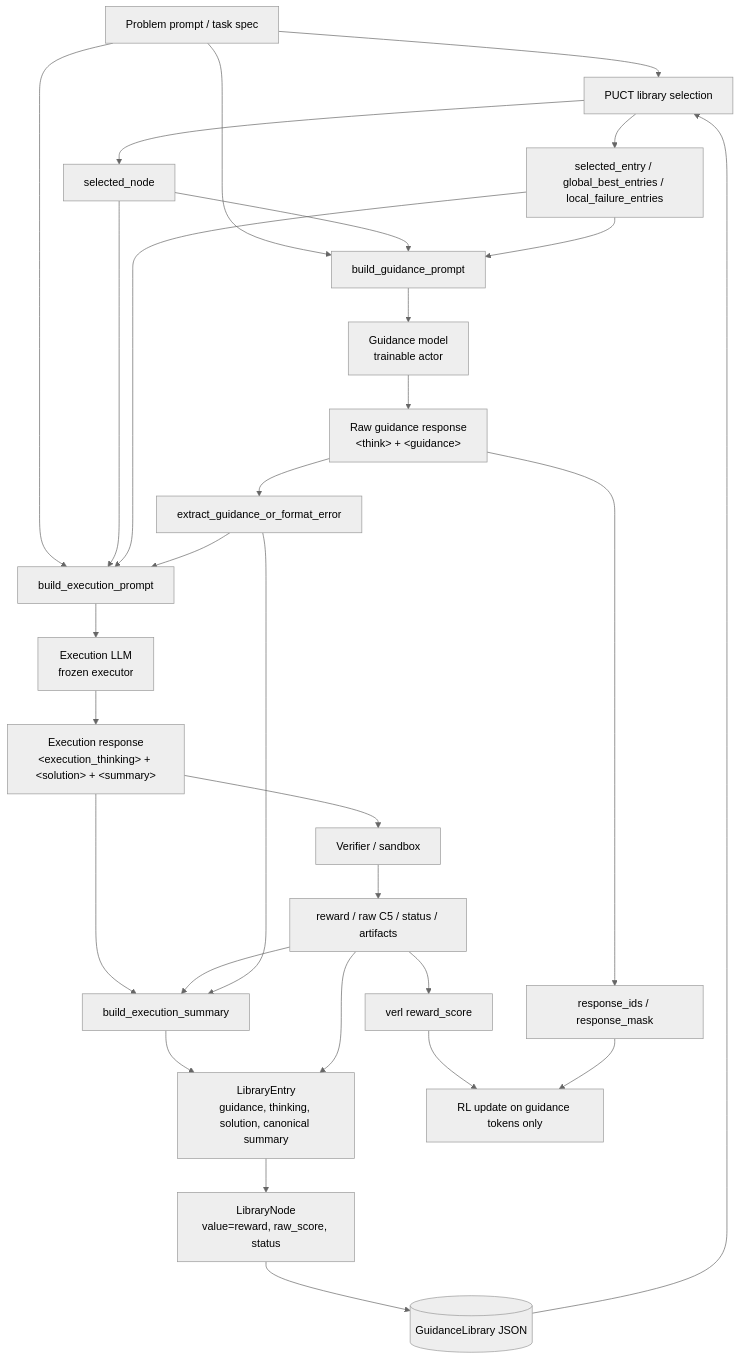
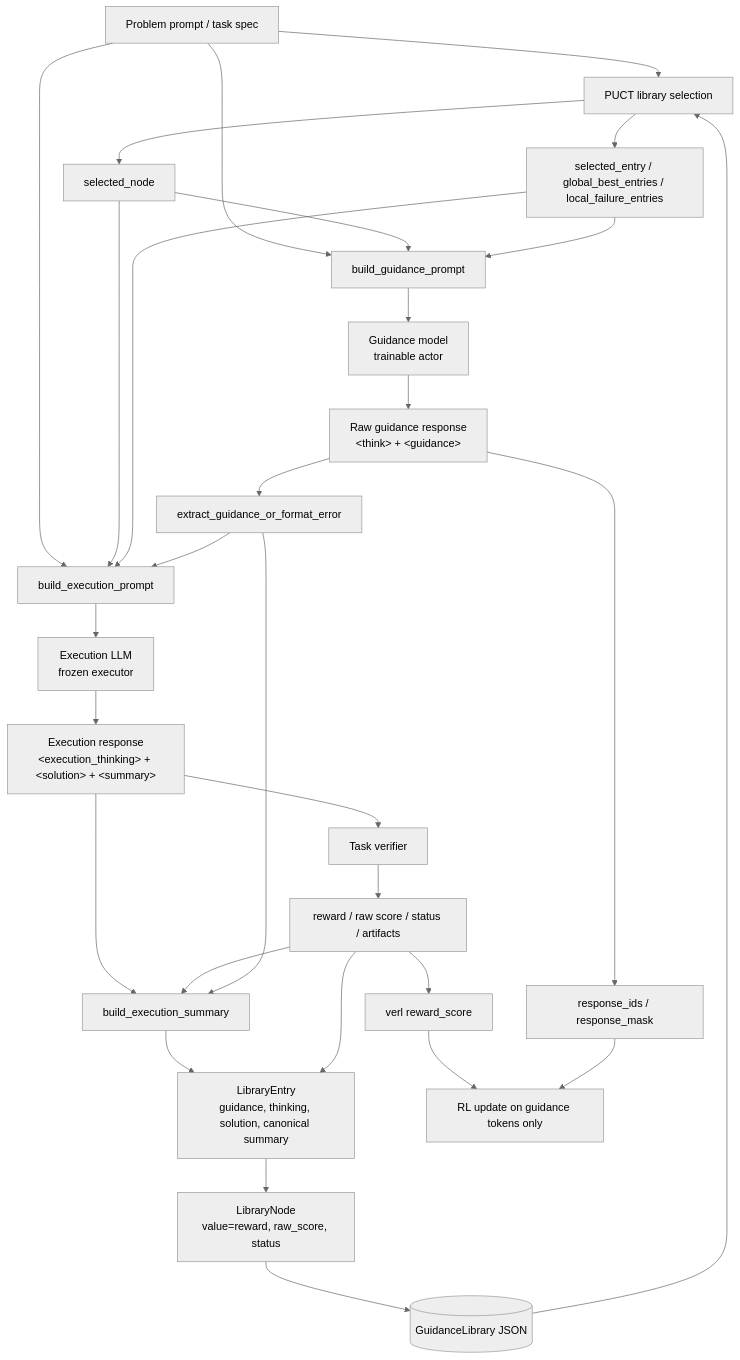
The diagram in docs/guidance_ttt_prompts.md (Chonghe-Jiang/open-ttt-verl), drawn with Mermaid (neutral theme) before and after one commit. The commit also changed other lines of this file and 18 other files, not shown here.

````diff
--- a/docs/guidance_ttt_prompts.md
+++ b/docs/guidance_ttt_prompts.md
@@ -16,38 +18,38 @@
 ```mermaid
 flowchart TD
     A[Problem prompt / task spec] --> C[PUCT library selection]
     B[(GuidanceLibrary JSON)] --> C
 
     C --> D[selected_node]
     C --> E[selected_entry / global_best_entries / local_failure_entries]
 
     A --> F[build_guidance_prompt]
     D --> F
     E --> F
     F --> G[Guidance model<br/>trainable actor]
     G --> H[Raw guidance response<br/>&lt;think&gt; + &lt;guidance&gt;]
     H --> I[extract_guidance_or_format_error]
 
     A --> J[build_execution_prompt]
     D --> J
     E --> J
     I --> J
     J --> K[Execution LLM<br/>frozen executor]
     K --> L[Execution response<br/>&lt;execution_thinking&gt; + &lt;solution&gt; + &lt;summary&gt;]
 
-    L --> M[Verifier / sandbox]
-    M --> N[reward / raw C5 / status / artifacts]
+    L --> M[Task verifier]
+    M --> N[reward / raw score / status / artifacts]
     L --> O[build_execution_summary]
     N --> O
     I --> O
 
     O --> P[LibraryEntry<br/>guidance, thinking, solution, canonical summary]
     N --> P
     P --> Q[LibraryNode<br/>value=reward, raw_score, status]
     Q --> B
 
     N --> R[verl reward_score]
     H --> S[response_ids / response_mask]
     R --> T[RL update on guidance tokens only]
     S --> T
 ```
````
